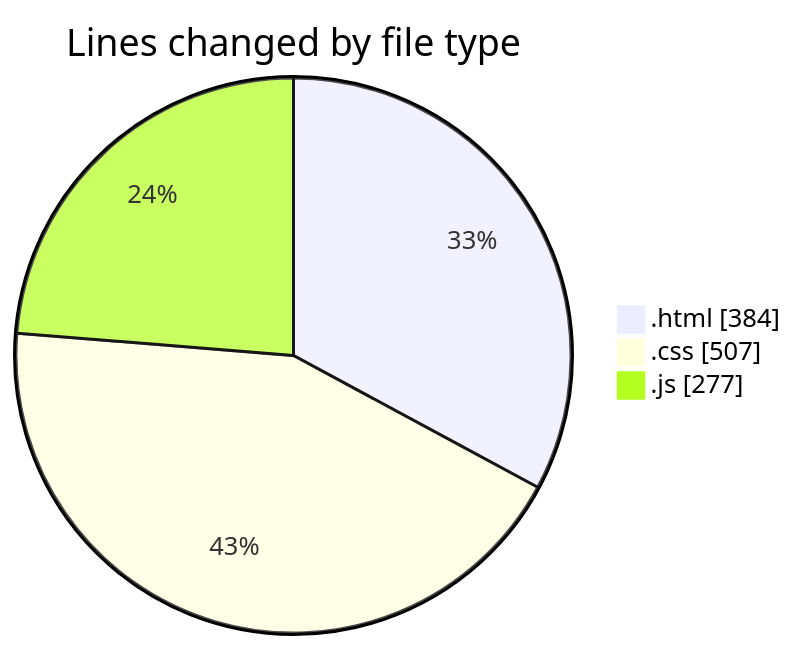
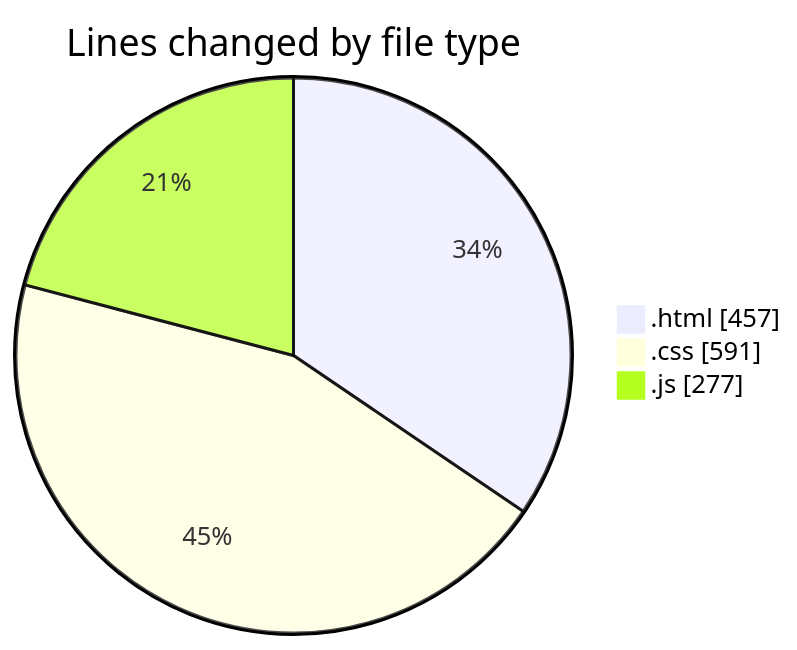
Before and after one commit to IJAZ3593/code-tracking: the first of 2 diagrams in 2025-09-01/project_3/README.md, drawn with Mermaid. The commit also changed other lines of this file and 1 other file, not shown here.

````diff
--- a/2025-09-01/project_3/README.md
+++ b/2025-09-01/project_3/README.md
@@ -26,7 +26,7 @@
 ```mermaid
 pie showData
 title Lines changed by file type
-".html" : 384
-".css" : 507
+".html" : 457
+".css" : 591
 ".js" : 277
 ```
````
